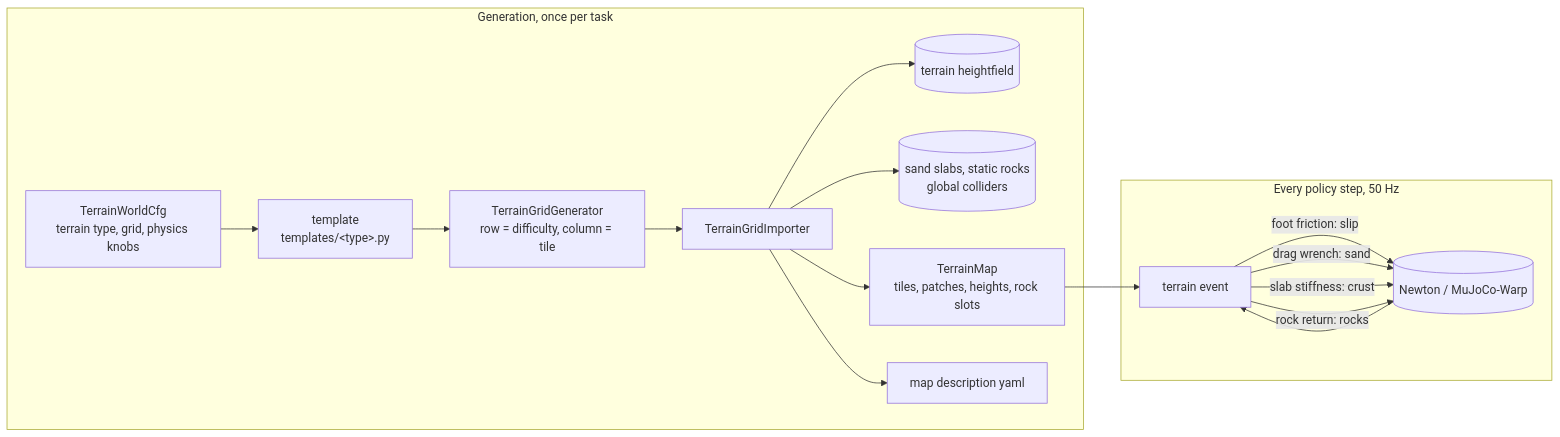
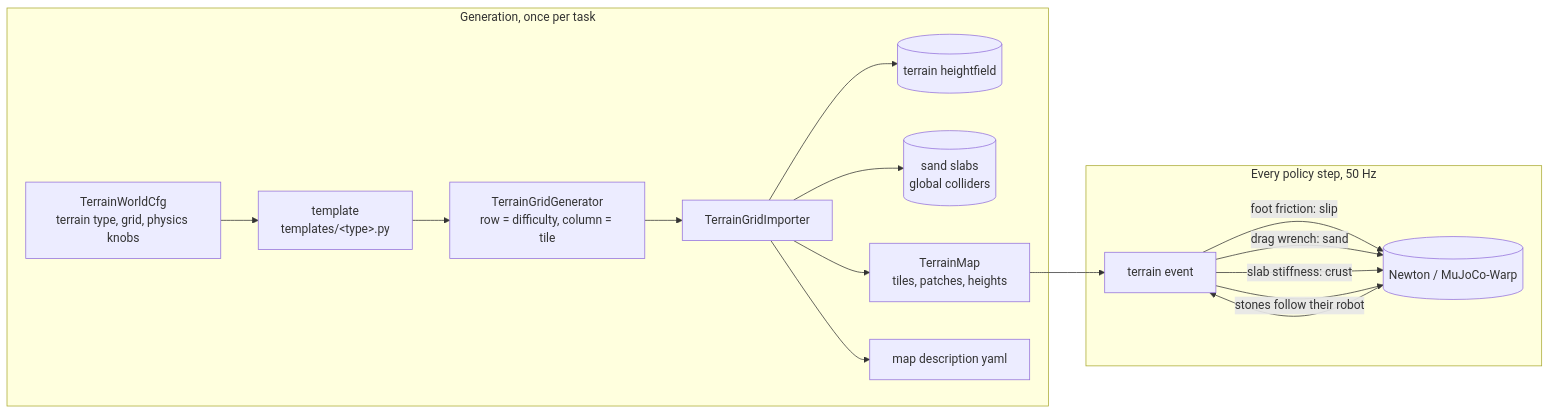
The diagram in source/isaaclab_tasks/isaaclab_tasks/forge/terrain/REPORT.md (mirecodes/IsaacLab_RSL), drawn with Mermaid before and after one commit. The commit also changed other lines of this file and 34 other files, not shown here.

````diff
--- a/source/isaaclab_tasks/isaaclab_tasks/forge/terrain/REPORT.md
+++ b/source/isaaclab_tasks/isaaclab_tasks/forge/terrain/REPORT.md
@@ -22,20 +22,20 @@
 ```mermaid
 flowchart LR
     subgraph build[Generation, once per task]
         wcfg[TerrainWorldCfg<br/>terrain type, grid, physics knobs] --> tpl[template<br/>templates/&lt;type&gt;.py]
         tpl --> gen[TerrainGridGenerator<br/>row = difficulty, column = tile]
         gen --> imp[TerrainGridImporter]
         imp --> hf[(terrain heightfield)]
-        imp --> slabs[(sand slabs, static rocks<br/>global colliders)]
-        imp --> tmap[TerrainMap<br/>tiles, patches, heights, rock slots]
+        imp --> slabs[(sand slabs<br/>global colliders)]
+        imp --> tmap[TerrainMap<br/>tiles, patches, heights]
         imp --> meta[map description yaml]
     end
     subgraph step[Every policy step, 50 Hz]
         sim[(Newton / MuJoCo-Warp)] --> ev[terrain event]
         tmap --> ev
         ev -->|foot friction: slip| sim
         ev -->|drag wrench: sand| sim
         ev -->|slab stiffness: crust| sim
-        ev -->|rock return: rocks| sim
+        ev -->|stones follow their robot| sim
     end
 ```
````
